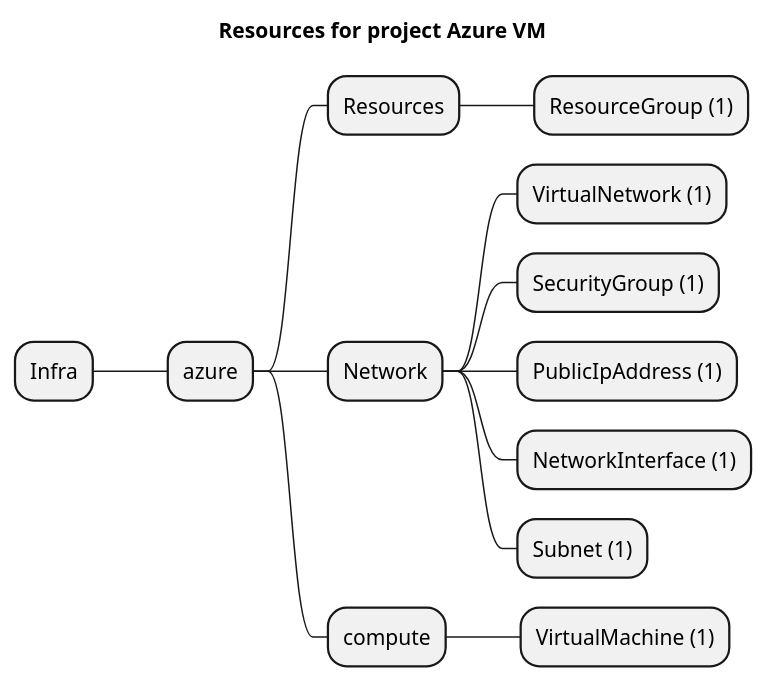
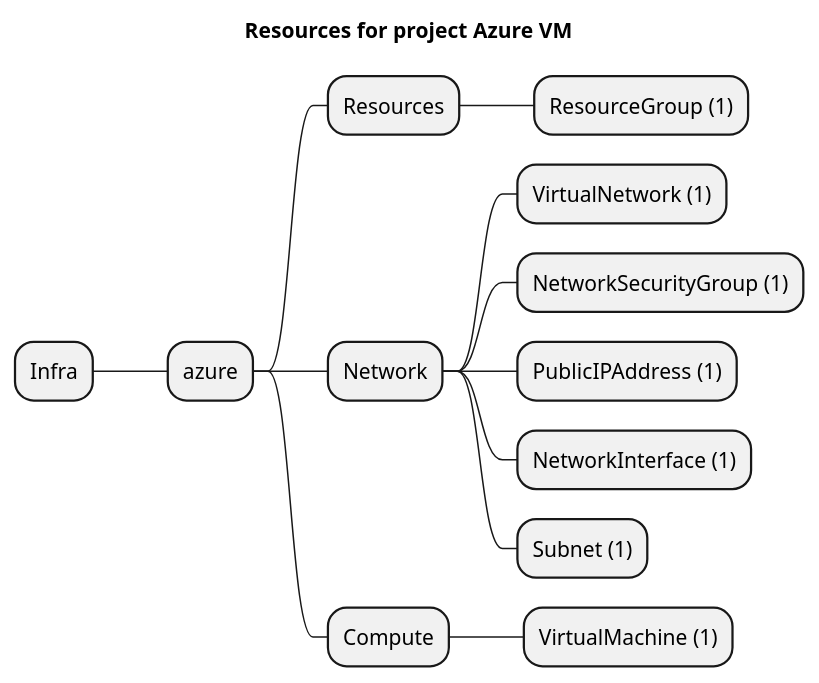
The diagram in examples/azure/vm/artifacts/resources-mindmap.puml (grucloud/grucloud), drawn with PlantUML before and after one commit. The commit also changed 22 other files, not shown here.

```diff
--- a/examples/azure/vm/artifacts/resources-mindmap.puml
+++ b/examples/azure/vm/artifacts/resources-mindmap.puml
@@ -1,16 +1,16 @@
 @startmindmap
 title Resources for project Azure VM
 skinparam monochrome true
 + Infra
 ++ azure
 +++ Resources
 ++++ ResourceGroup (1)
 +++ Network
 ++++ VirtualNetwork (1)
-++++ SecurityGroup (1)
-++++ PublicIpAddress (1)
+++++ NetworkSecurityGroup (1)
+++++ PublicIPAddress (1)
 ++++ NetworkInterface (1)
 ++++ Subnet (1)
-+++ compute
++++ Compute
 ++++ VirtualMachine (1)
 @endmindmap
```
